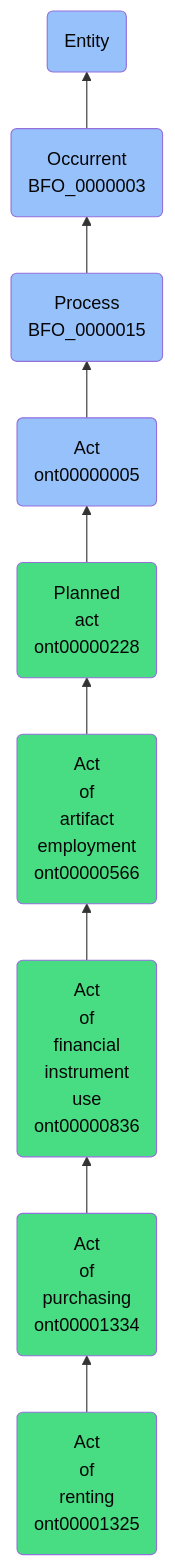
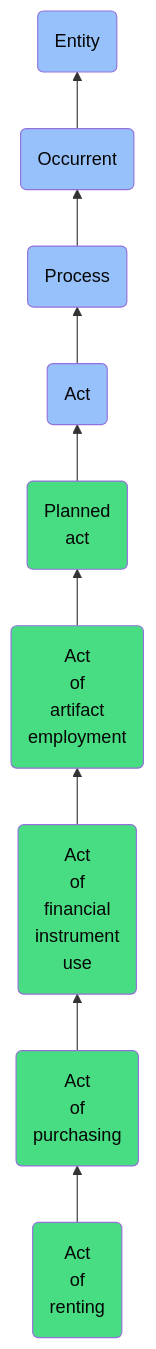
The diagram in docs/ontology/reference/model/Entity/Occurrent/Process/Act/Planned act/Act of artifact employment/Act of financial instrument use/Act of purchasing/Act of renting/Act of renting.md (jupyter-naas/abi), drawn with Mermaid before and after one commit. The commit also changed other lines of this file and 1430 other files, not shown here.

````diff
--- a/docs/ontology/reference/model/Entity/Occurrent/Process/Act/Planned act/Act of artifact employment/Act of financial instrument use/Act of purchasing/Act of renting/Act of renting.md
+++ b/docs/ontology/reference/model/Entity/Occurrent/Process/Act/Planned act/Act of artifact employment/Act of financial instrument use/Act of purchasing/Act of renting/Act of renting.md
@@ -24,16 +24,16 @@
 ```mermaid
 graph BT
-    ont00001325(Act<br>of<br>renting<br>ont00001325):::ABI-->ont00001334
-    ont00001334(Act<br>of<br>purchasing<br>ont00001334):::ABI-->ont00000836
-    ont00000836(Act<br>of<br>financial<br>instrument<br>use<br>ont00000836):::ABI-->ont00000566
-    ont00000566(Act<br>of<br>artifact<br>employment<br>ont00000566):::ABI-->ont00000228
-    ont00000228(Planned<br>act<br>ont00000228):::ABI-->ont00000005
-    ont00000005(Act<br>ont00000005):::BFO-->BFO_0000015
-    BFO_0000015(Process<br>BFO_0000015):::BFO-->BFO_0000003
-    BFO_0000003(Occurrent<br>BFO_0000003):::BFO-->BFO_0000001
+    ont00001325(Act<br>of<br>renting):::ABI-->ont00001334
+    ont00001334(Act<br>of<br>purchasing):::ABI-->ont00000836
+    ont00000836(Act<br>of<br>financial<br>instrument<br>use):::ABI-->ont00000566
+    ont00000566(Act<br>of<br>artifact<br>employment):::ABI-->ont00000228
+    ont00000228(Planned<br>act):::ABI-->ont00000005
+    ont00000005(Act):::BFO-->BFO_0000015
+    BFO_0000015(Process):::BFO-->BFO_0000003
+    BFO_0000003(Occurrent):::BFO-->BFO_0000001
     BFO_0000001(Entity):::BFO
     
     classDef BFO fill:#97c1fb,color:#060606
     classDef CCO fill:#e4c51e,color:#060606
     classDef ABI fill:#48DD82,color:#060606
 ```
````
